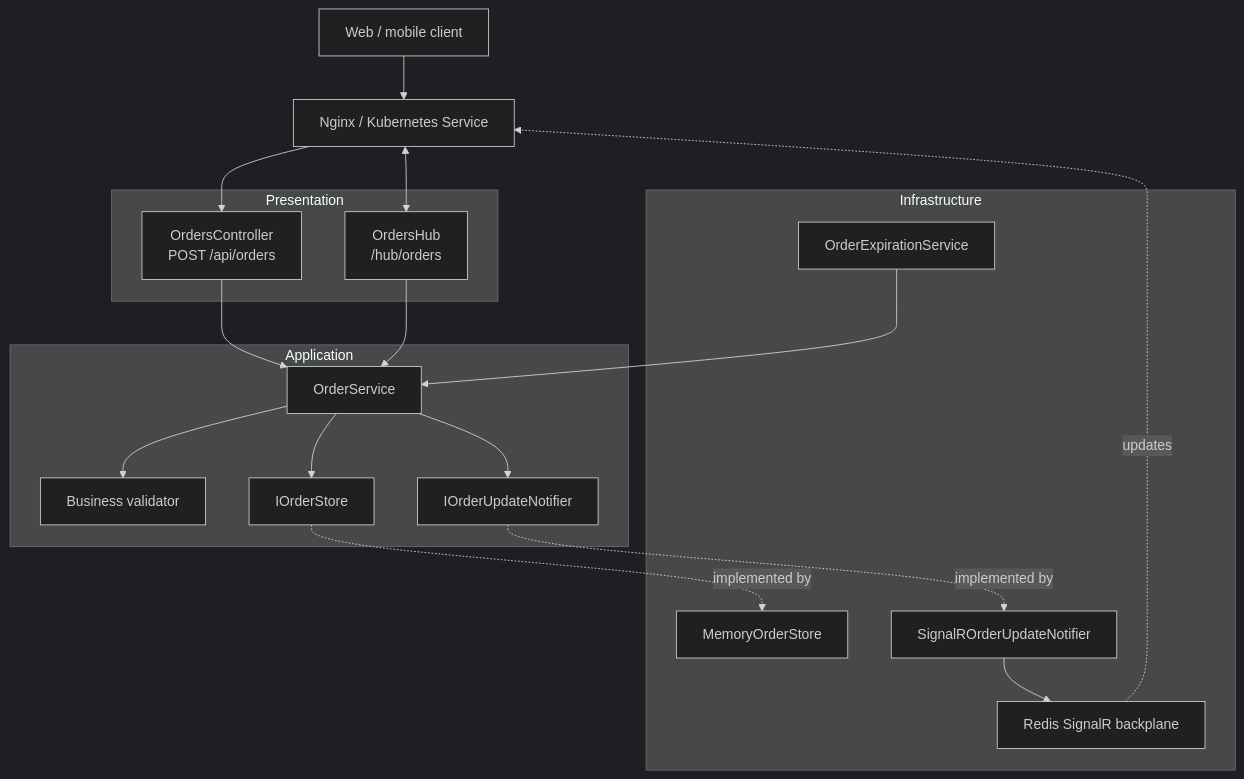
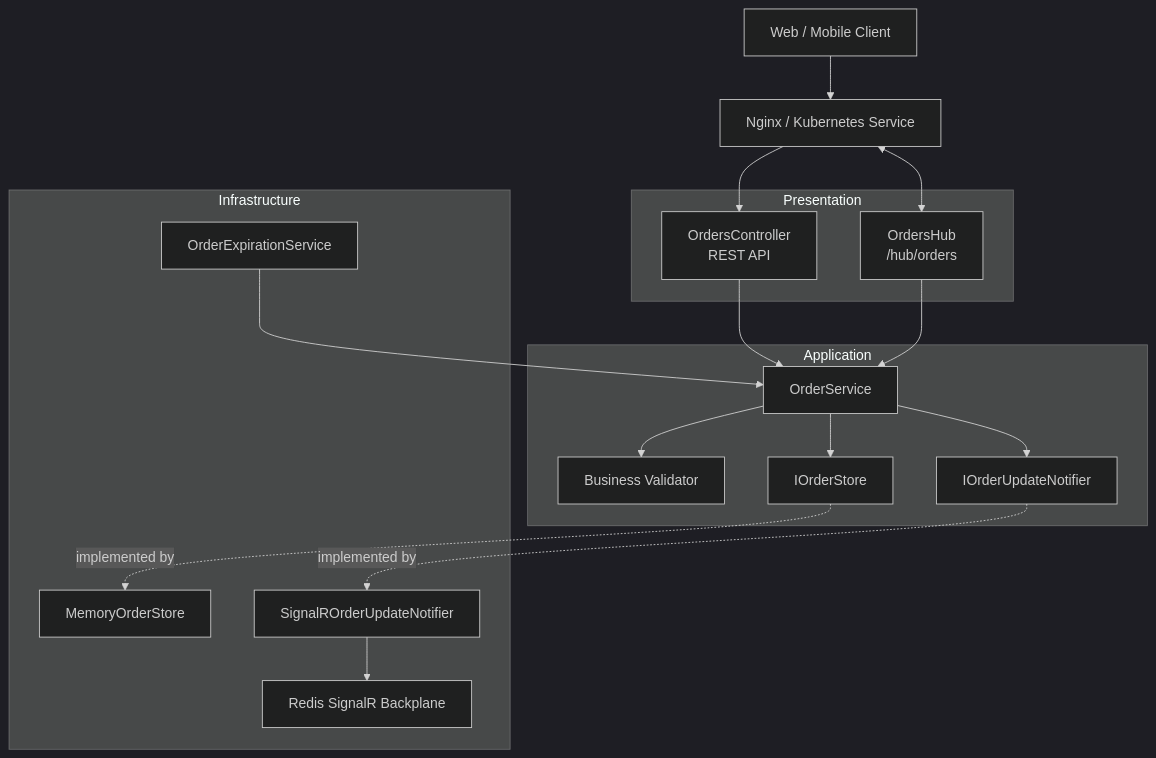
The second of 3 diagrams in README.md (alexKuzovkov/order-realtime-api), drawn with Mermaid (dark theme) before and after one commit. The commit also changed other lines of this file and 20 other files, not shown here.

````diff
--- a/README.md
+++ b/README.md
@@ -27,36 +75,35 @@
 ```mermaid
 flowchart TB
-    Client["Web / mobile client"] --> Gateway["Nginx / Kubernetes Service"]
+    Client["Web / Mobile Client"] --> Gateway["Nginx / Kubernetes Service"]
 
-    subgraph Api["Presentation"]
-        Controller["OrdersController<br/>POST /api/orders"]
+    subgraph API["Presentation"]
+        Controller["OrdersController<br/>REST API"]
         Hub["OrdersHub<br/>/hub/orders"]
     end
 
     subgraph Application["Application"]
         Service["OrderService"]
-        Validator["Business validator"]
+        Validator["Business Validator"]
         StorePort["IOrderStore"]
         NotifierPort["IOrderUpdateNotifier"]
     end
 
     subgraph Infrastructure["Infrastructure"]
         Store["MemoryOrderStore"]
         Notifier["SignalROrderUpdateNotifier"]
         Worker["OrderExpirationService"]
-        Redis["Redis SignalR backplane"]
+        Redis["Redis SignalR Backplane"]
     end
 
     Gateway --> Controller
     Gateway <--> Hub
     Controller --> Service
     Hub --> Service
     Worker --> Service
     Service --> Validator
     Service --> StorePort
     Service --> NotifierPort
     StorePort -. "implemented by" .-> Store
     NotifierPort -. "implemented by" .-> Notifier
     Notifier --> Redis
-    Redis -. "updates" .-> Gateway
 ```
````
